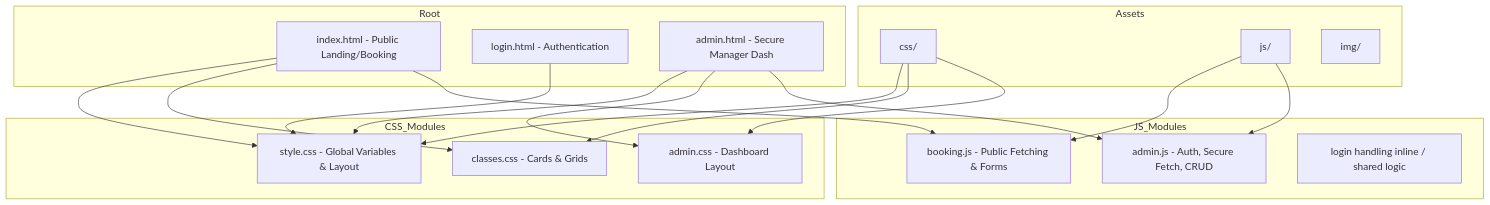
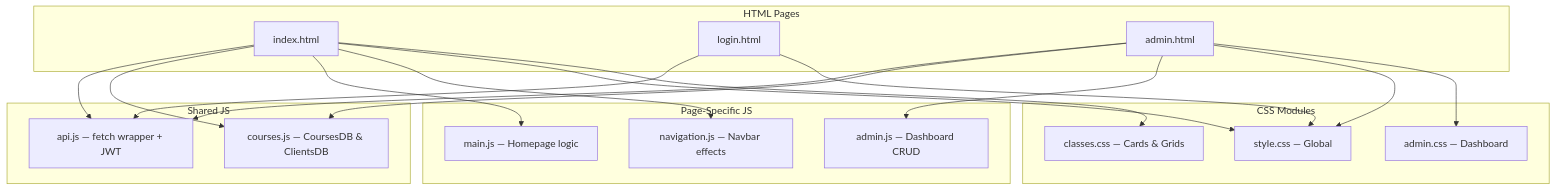
One commit to IMENO07/souplesse-pilate changed the diagram in Docs/Front_end.md. Above: the diagram before and after it, drawn with Mermaid. The commit also changed other lines of this file and 5 other files, not shown here.

First line of the commit message:
docs: fully rewrite all specification documents to reflect current monolithic architecture

````diff
--- a/Docs/Front_end.md
+++ b/Docs/Front_end.md
@@ -22,43 +37,41 @@
 ```mermaid
 graph TD
-    subgraph Root
-        Index["index.html - Public Landing/Booking"]
-        Login["login.html - Authentication"]
-        Admin["admin.html - Secure Manager Dash"]
+    subgraph HTML Pages
+        Index["index.html"]
+        Login["login.html"]
+        Admin["admin.html"]
     end
     
-    subgraph Assets
-        CSS["css/"]
-        JS["js/"]
-        IMG["img/"]
+    subgraph Shared JS
+        API["api.js — fetch wrapper + JWT"]
+        Courses["courses.js — CoursesDB & ClientsDB"]
     end
     
-    subgraph CSS_Modules
-        MainCSS["style.css - Global Variables & Layout"]
-        ClassCSS["classes.css - Cards & Grids"]
-        AdminCSS["admin.css - Dashboard Layout"]
+    subgraph Page-Specific JS
+        MainJS["main.js — Homepage logic"]
+        AdminJS["admin.js — Dashboard CRUD"]
+        NavJS["navigation.js — Navbar effects"]
     end
     
-    subgraph JS_Modules
-        BookJS["booking.js - Public Fetching & Forms"]
-        AdminJS["admin.js - Auth, Secure Fetch, CRUD"]
-        AuthJS["login handling inline / shared logic"]
+    subgraph CSS Modules
+        StyleCSS["style.css — Global"]
+        ClassesCSS["classes.css — Cards & Grids"]
+        AdminCSS["admin.css — Dashboard"]
     end
 
-    Index --> MainCSS
-    Index --> ClassCSS
-    Index --> BookJS
+    Index --> API
+    Index --> Courses
+    Index --> MainJS
+    Index --> NavJS
+    Index --> StyleCSS
+    Index --> ClassesCSS
     
-    Admin --> MainCSS
+    Admin --> API
+    Admin --> Courses
+    Admin --> AdminJS
+    Admin --> StyleCSS
     Admin --> AdminCSS
-    Admin --> AdminJS
     
-    Login --> MainCSS
-    
-    CSS --> MainCSS
-    CSS --> ClassCSS
-    CSS --> AdminCSS
-    
-    JS --> BookJS
-    JS --> AdminJS
+    Login --> API
+    Login --> StyleCSS
 ```
````
